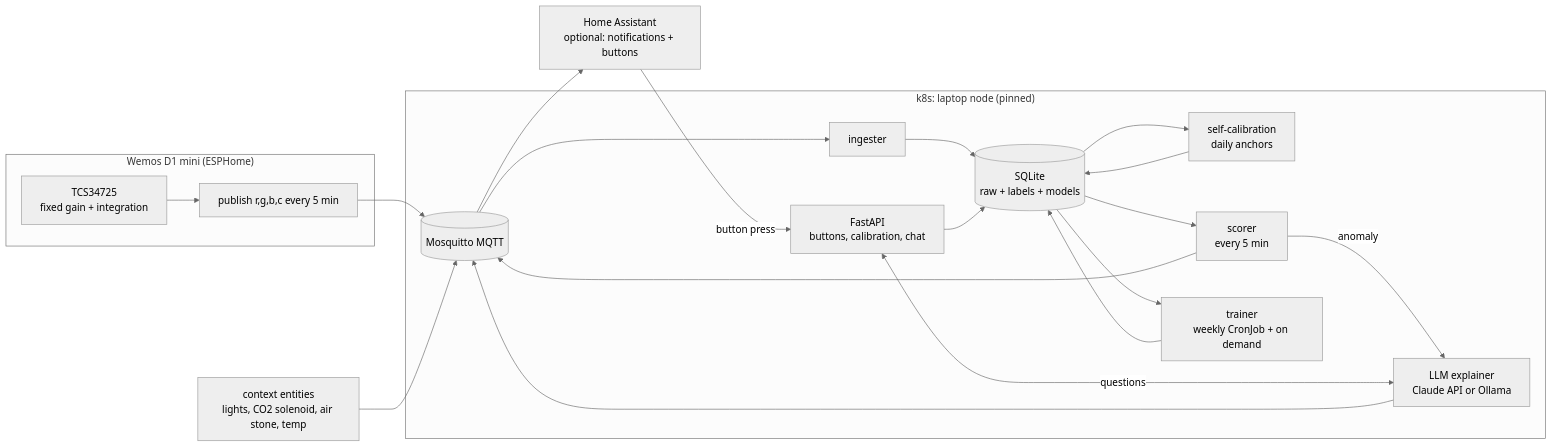
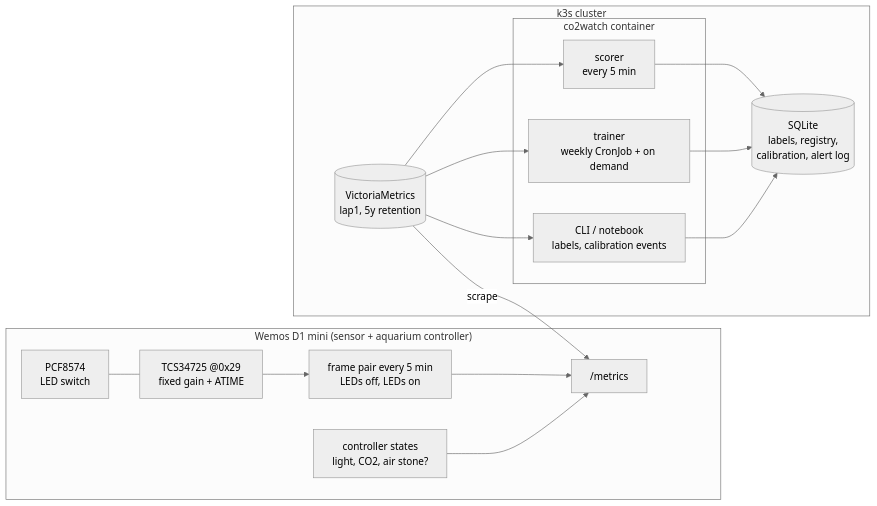
The diagram in docs/design.md (Justleen/co2_rgbsensor_reading), drawn with Mermaid (neutral theme) before and after one commit. The commit also changed other lines of this file and 11 other files, not shown here.

First line of the commit message:
Align with local decisions: VictoriaMetrics, two-frame readings, no LLM/HA

````diff
--- a/docs/design.md
+++ b/docs/design.md
@@ -10,29 +29,26 @@
 ```mermaid
 flowchart LR
-  subgraph ESP["Wemos D1 mini (ESPHome)"]
-    S[TCS34725<br/>fixed gain + integration] --> P[publish r,g,b,c every 5 min]
+  subgraph D1["Wemos D1 mini (sensor + aquarium controller)"]
+    PCF[PCF8574<br/>LED switch] --- TCS[TCS34725 @0x29<br/>fixed gain + ATIME]
+    TCS --> FR[frame pair every 5 min<br/>LEDs off, LEDs on]
+    CTRL[controller states<br/>light, CO2, air stone?]
+    FR --> MET["/metrics"]
+    CTRL --> MET
   end
 
-  subgraph K8S["k8s: laptop node (pinned)"]
-    MQ[(Mosquitto MQTT)]
-    ING[ingester] --> DB[(SQLite<br/>raw + labels + models)]
-    CAL[self-calibration<br/>daily anchors]
-    SC[scorer<br/>every 5 min]
-    TR[trainer<br/>weekly CronJob + on demand]
-    API[FastAPI<br/>buttons, calibration, chat]
-    LLM[LLM explainer<br/>Claude API or Ollama]
+  subgraph K3S["k3s cluster"]
+    VM[(VictoriaMetrics<br/>lap1, 5y retention)]
+    subgraph ML["co2watch container"]
+      SC[scorer<br/>every 5 min]
+      TR[trainer<br/>weekly CronJob + on demand]
+      CLI[CLI / notebook<br/>labels, calibration events]
+    end
+    SQL[(SQLite<br/>labels, registry,<br/>calibration, alert log)]
   end
 
-  HA[Home Assistant<br/>optional: notifications + buttons]
-  CTX[context entities<br/>lights, CO2 solenoid, air stone, temp]
-
-  P --> MQ --> ING
-  CTX --> MQ
-  DB --> CAL --> DB
-  DB --> SC --> MQ
-  DB --> TR --> DB
-  SC -->|anomaly| LLM --> MQ
-  MQ --> HA
-  HA -->|button press| API --> DB
-  API <-->|questions| LLM
+  VM -- scrape --> MET
+  VM --> SC --> SQL
+  VM --> TR --> SQL
+  CLI --> SQL
+  VM --> CLI
 ```
````
